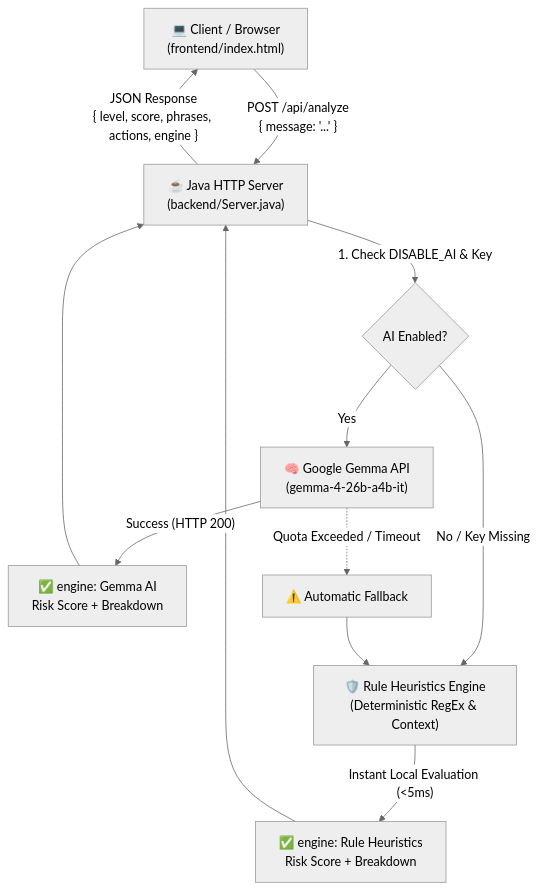
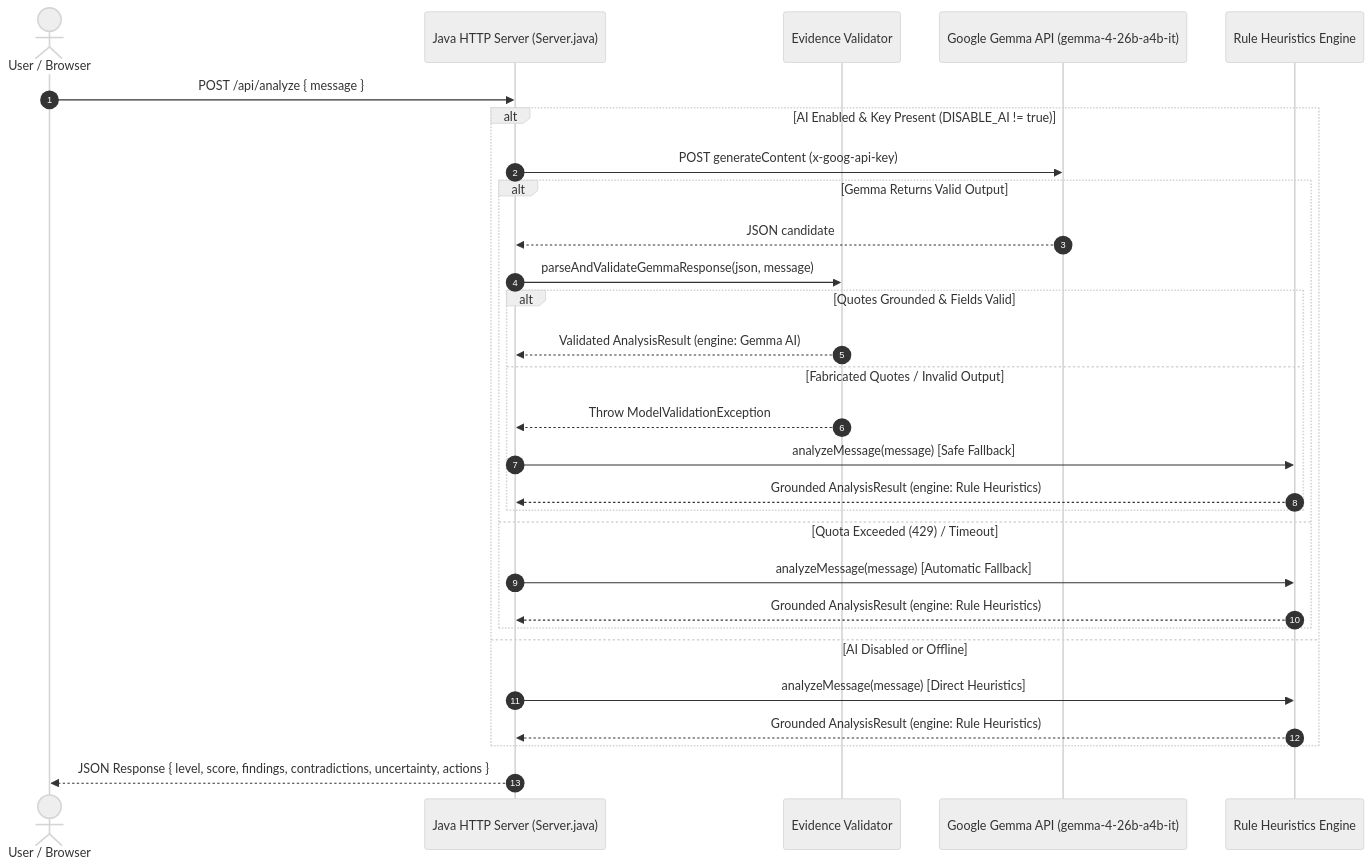
The diagram in README.md (praneethperumalla027-hue/scamlens), drawn with Mermaid (neutral theme) before and after one commit. The commit also changed other lines of this file and 7 other files, not shown here.

````diff
--- a/README.md
+++ b/README.md
@@ -57,23 +50,34 @@
 ```mermaid
-flowchart TD
-    Client["💻 Client / Browser\n(frontend/index.html)"]
-    Server["☕ Java HTTP Server\n(backend/Server.java)"]
-    Gemma["🧠 Google Gemma API\n(gemma-4-26b-a4b-it)"]
-    Rules["🛡️ Rule Heuristics Engine\n(Deterministic RegEx & Context)"]
+sequenceDiagram
+    autonumber
+    actor User as User / Browser
+    participant Server as Java HTTP Server (Server.java)
+    participant Validator as Evidence Validator
+    participant Gemma as Google Gemma API (gemma-4-26b-a4b-it)
+    participant Rules as Rule Heuristics Engine
 
-    Client -->|"POST /api/analyze\n{ message: '...' }"| Server
+    User->>Server: POST /api/analyze { message }
     
-    Server -->|"1. Check DISABLE_AI & Key"| Check{AI Enabled?}
-    Check -->|"Yes"| Gemma
-    Check -->|"No / Key Missing"| Rules
-    
-    Gemma -->|"Success (HTTP 200)"| ResultAI["✅ engine: Gemma AI\nRisk Score + Breakdown"]
-    Gemma -.->|"Quota Exceeded / Timeout"| Fallback["⚠️ Automatic Fallback"]
-    Fallback --> Rules
-    
-    Rules -->|"Instant Local Evaluation (<5ms)"| ResultRules["✅ engine: Rule Heuristics\nRisk Score + Breakdown"]
-    
-    ResultAI --> Server
-    ResultRules --> Server
-    Server -->|"JSON Response\n{ level, score, phrases, actions, engine }"| Client
+    alt AI Enabled & Key Present (DISABLE_AI != true)
+        Server->>Gemma: POST generateContent (x-goog-api-key)
+        alt Gemma Returns Valid Output
+            Gemma-->>Server: JSON candidate
+            Server->>Validator: parseAndValidateGemmaResponse(json, message)
+            alt Quotes Grounded & Fields Valid
+                Validator-->>Server: Validated AnalysisResult (engine: Gemma AI)
+            else Fabricated Quotes / Invalid Output
+                Validator-->>Server: Throw ModelValidationException
+                Server->>Rules: analyzeMessage(message) [Safe Fallback]
+                Rules-->>Server: Grounded AnalysisResult (engine: Rule Heuristics)
+            end
+        else Quota Exceeded (429) / Timeout
+            Server->>Rules: analyzeMessage(message) [Automatic Fallback]
+            Rules-->>Server: Grounded AnalysisResult (engine: Rule Heuristics)
+        end
+    else AI Disabled or Offline
+        Server->>Rules: analyzeMessage(message) [Direct Heuristics]
+        Rules-->>Server: Grounded AnalysisResult (engine: Rule Heuristics)
+    end
+
+    Server-->>User: JSON Response { level, score, findings, contradictions, uncertainty, actions }
 ```
````
